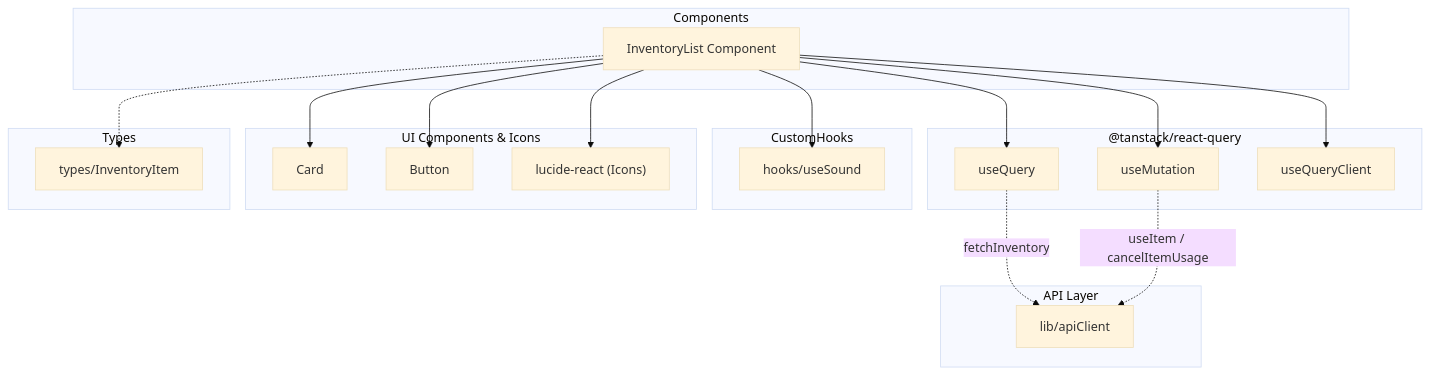
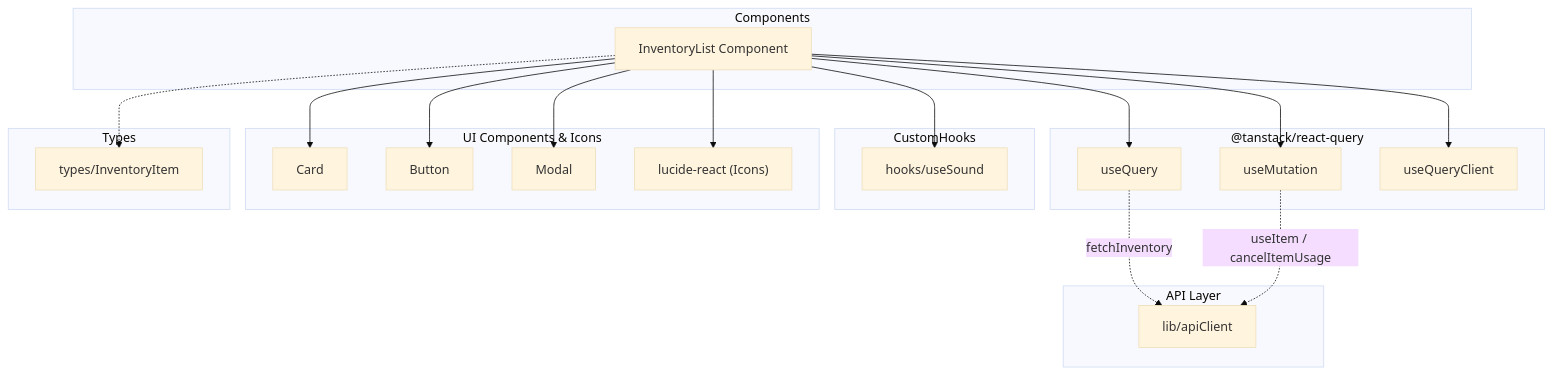
The second of 2 diagrams in docs/specifications/family-quest/src/features/shop/components/InventoryList.md (mmtigers/my_python_project), drawn with Mermaid (base theme) before and after one commit. The commit also changed other lines of this file and 47 other files, not shown here.

````diff
--- a/docs/specifications/family-quest/src/features/shop/components/InventoryList.md
+++ b/docs/specifications/family-quest/src/features/shop/components/InventoryList.md
@@ -106,43 +113,45 @@
 ```mermaid
 graph TD
     subgraph Components
         InventoryList["InventoryList Component"]
     end
     
     subgraph ReactQuery ["@tanstack/react-query"]
         useQuery["useQuery"]
         useMutation["useMutation"]
         useQueryClient["useQueryClient"]
     end
     
     subgraph CustomHooks
         useSoundHook["hooks/useSound"]
     end
     
     subgraph UI ["UI Components & Icons"]
         Card["Card"]
         Button["Button"]
+        Modal["Modal"]
         Lucide["lucide-react (Icons)"]
     end
     
     subgraph ExternalAPI ["API Layer"]
         apiClient["lib/apiClient"]
     end
     
     subgraph Types
         InventoryItem["types/InventoryItem"]
     end
 
     InventoryList --> useQuery
     InventoryList --> useMutation
     InventoryList --> useQueryClient
     InventoryList --> useSoundHook
     InventoryList --> Card
     InventoryList --> Button
+    InventoryList --> Modal
     InventoryList --> Lucide
     InventoryList -.-> InventoryItem
 
     useQuery -.->|fetchInventory| apiClient
     useMutation -.->|useItem / cancelItemUsage| apiClient
 
 ```
````
